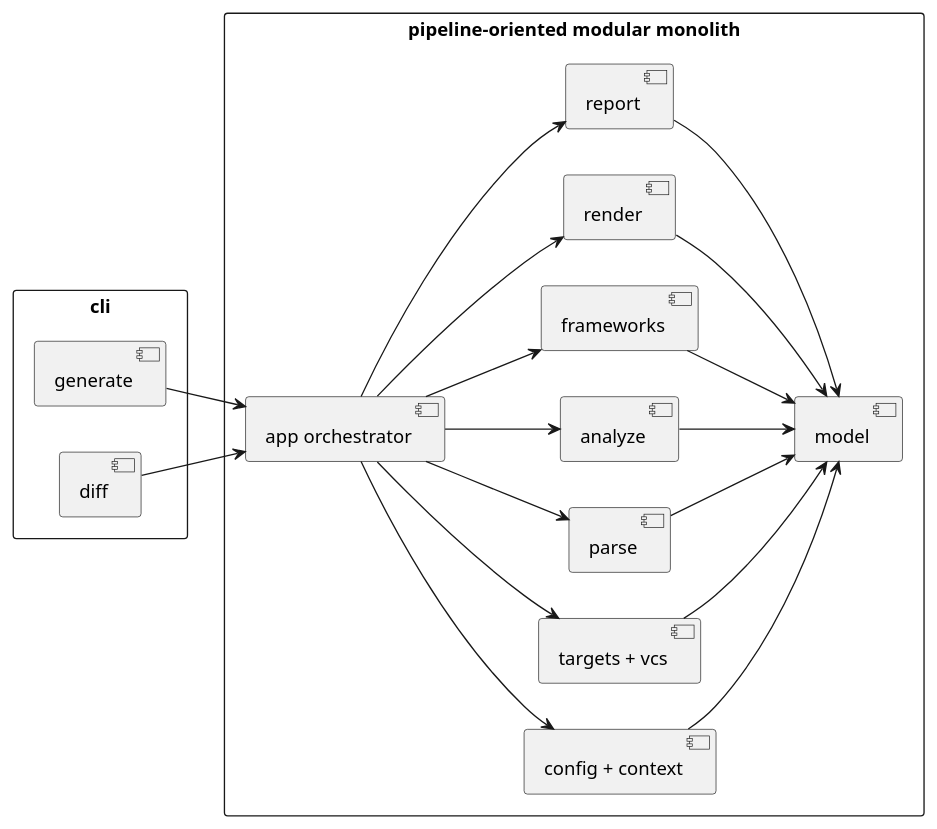
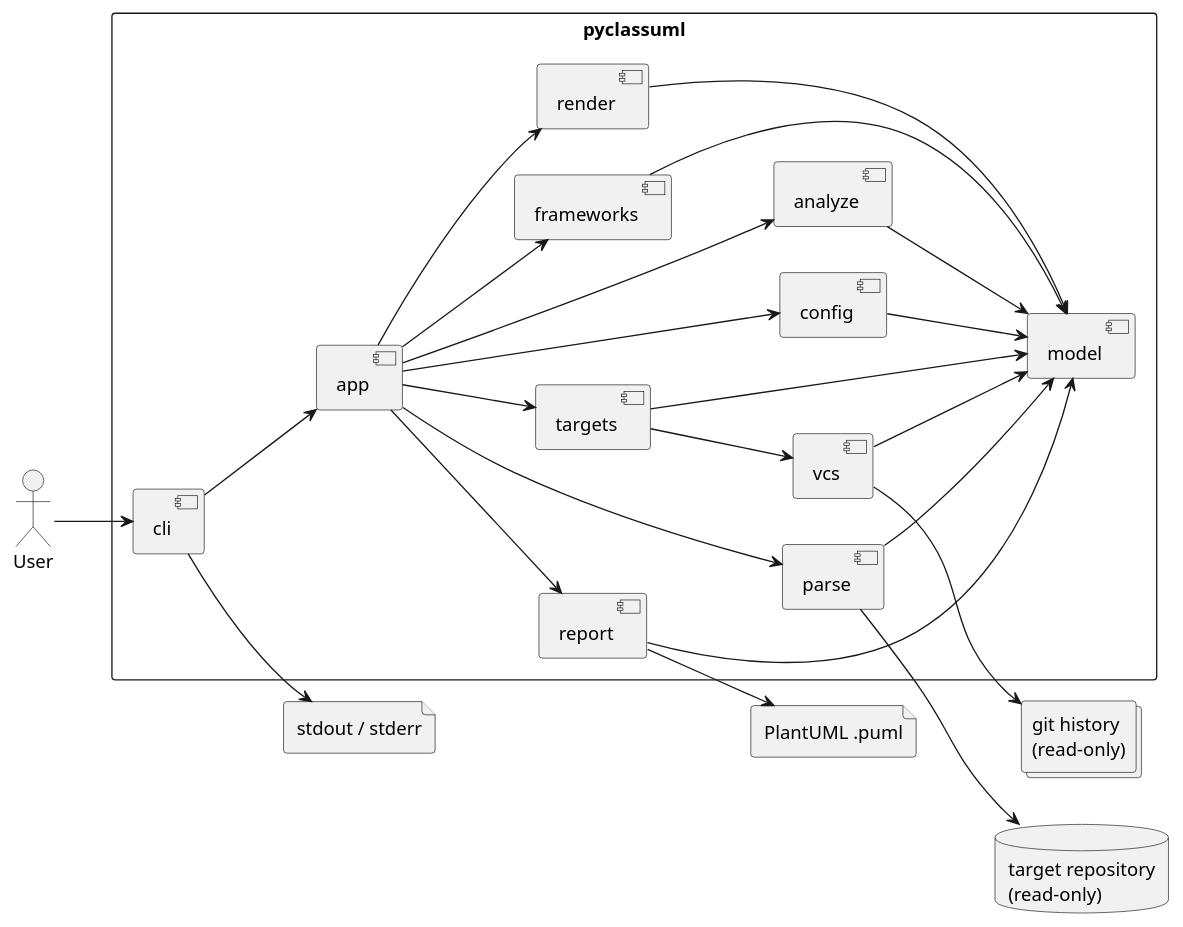
One commit to chemitaro/pyclassuml changed the first of 4 diagrams in spec-dock/initiatives/init-00001-pyclassuml-prototype/design.md. Above: the diagram before and after it, drawn with PlantUML. The commit also changed other lines of this file and 152 other files, not shown here.

````diff
--- a/spec-dock/initiatives/init-00001-pyclassuml-prototype/design.md
+++ b/spec-dock/initiatives/init-00001-pyclassuml-prototype/design.md
@@ -40,40 +39,51 @@
 ```plantuml
 @startuml
 left to right direction
 skinparam packageStyle rectangle
 
-package "cli" {
-  [generate]
-  [diff]
-}
+actor User
+database "target repository\n(read-only)" as repo
+collections "git history\n(read-only)" as git
+file "PlantUML .puml" as artifact
+file "stdout / stderr" as console
 
-package "pipeline-oriented modular monolith" {
-  [app orchestrator]
-  [config + context]
-  [targets + vcs]
+package "pyclassuml" {
+  [cli]
+  [app]
+  [config]
+  [targets]
   [parse]
   [analyze]
   [frameworks]
   [render]
   [report]
   [model]
+  [vcs]
 }
 
-[generate] --> [app orchestrator]
-[diff] --> [app orchestrator]
-[app orchestrator] --> [config + context]
-[app orchestrator] --> [targets + vcs]
-[app orchestrator] --> [parse]
-[app orchestrator] --> [analyze]
-[app orchestrator] --> [frameworks]
-[app orchestrator] --> [render]
-[app orchestrator] --> [report]
-[config + context] --> [model]
-[targets + vcs] --> [model]
+User --> [cli]
+[cli] --> [app]
+[app] --> [config]
+[app] --> [targets]
+[targets] --> [vcs]
+[app] --> [parse]
+[app] --> [analyze]
+[app] --> [frameworks]
+[app] --> [render]
+[app] --> [report]
+
+[config] --> [model]
+[targets] --> [model]
 [parse] --> [model]
 [analyze] --> [model]
 [frameworks] --> [model]
 [render] --> [model]
 [report] --> [model]
+[vcs] --> [model]
+
+[parse] --> repo
+[vcs] --> git
+[report] --> artifact
+[cli] --> console
 @enduml
 ```
````
